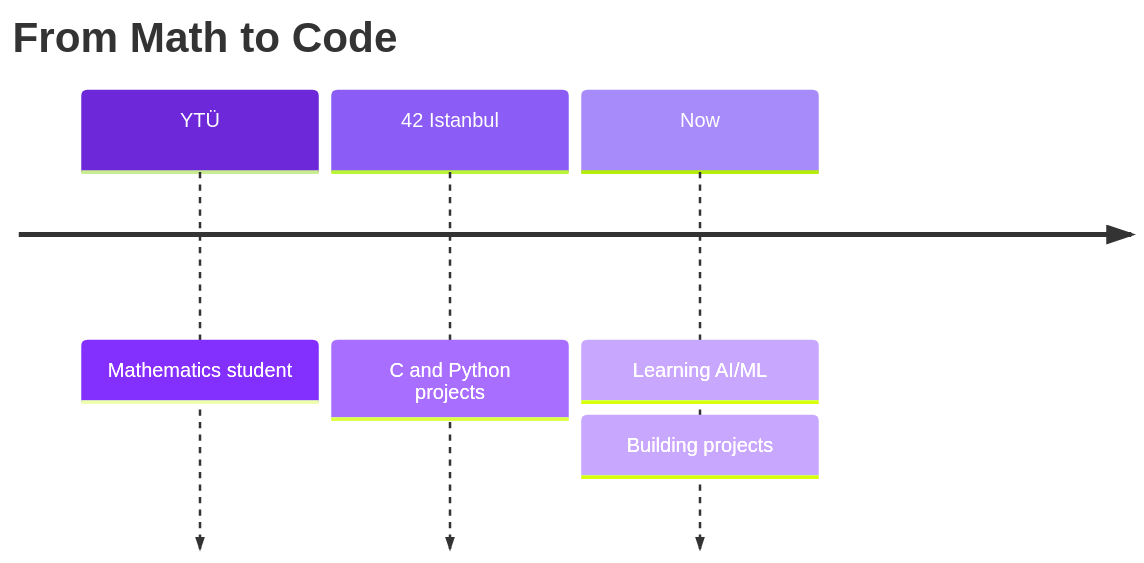
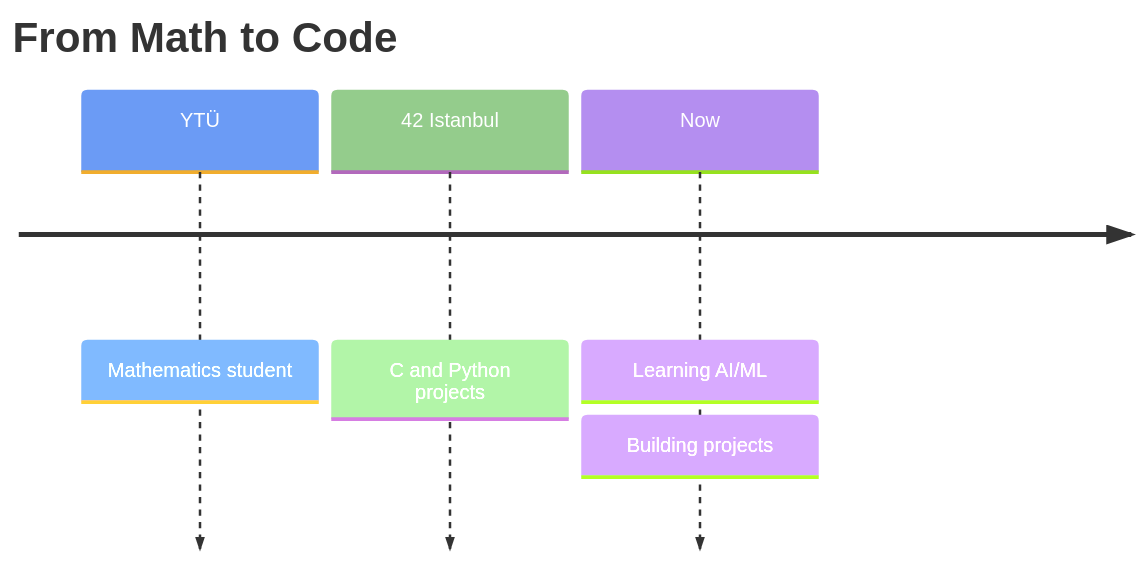
One commit to edpolat/edpolat changed the first of 2 diagrams in README.md. Above: the diagram before and after it, drawn with Mermaid.

````diff
--- a/README.md
+++ b/README.md
@@ -34,8 +34,8 @@
 ```mermaid
-%%{init: {'theme': 'base', 'themeVariables': {'cScale0': '#6D28D9', 'cScale1': '#8B5CF6', 'cScale2': '#A78BFA', 'cScaleLabel0': '#ffffff', 'cScaleLabel1': '#ffffff', 'cScaleLabel2': '#ffffff'}}}%%
+%%{init: {'theme': 'base', 'themeVariables': {'cScale0': '#6B9BF5', 'cScale1': '#94CC8C', 'cScale2': '#B48EF0', 'cScaleLabel0': '#ffffff', 'cScaleLabel1': '#ffffff', 'cScaleLabel2': '#ffffff'}}}%%
 timeline
     title From Math to Code
     YTÜ : Mathematics student
     42 Istanbul : C and Python projects
     Now : Learning AI/ML : Building projects
 ```
````
